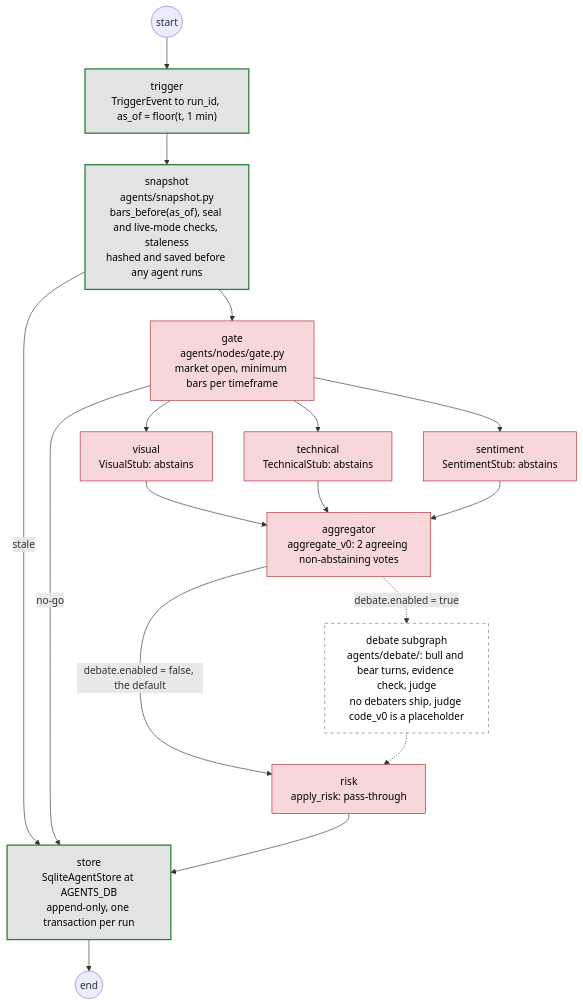
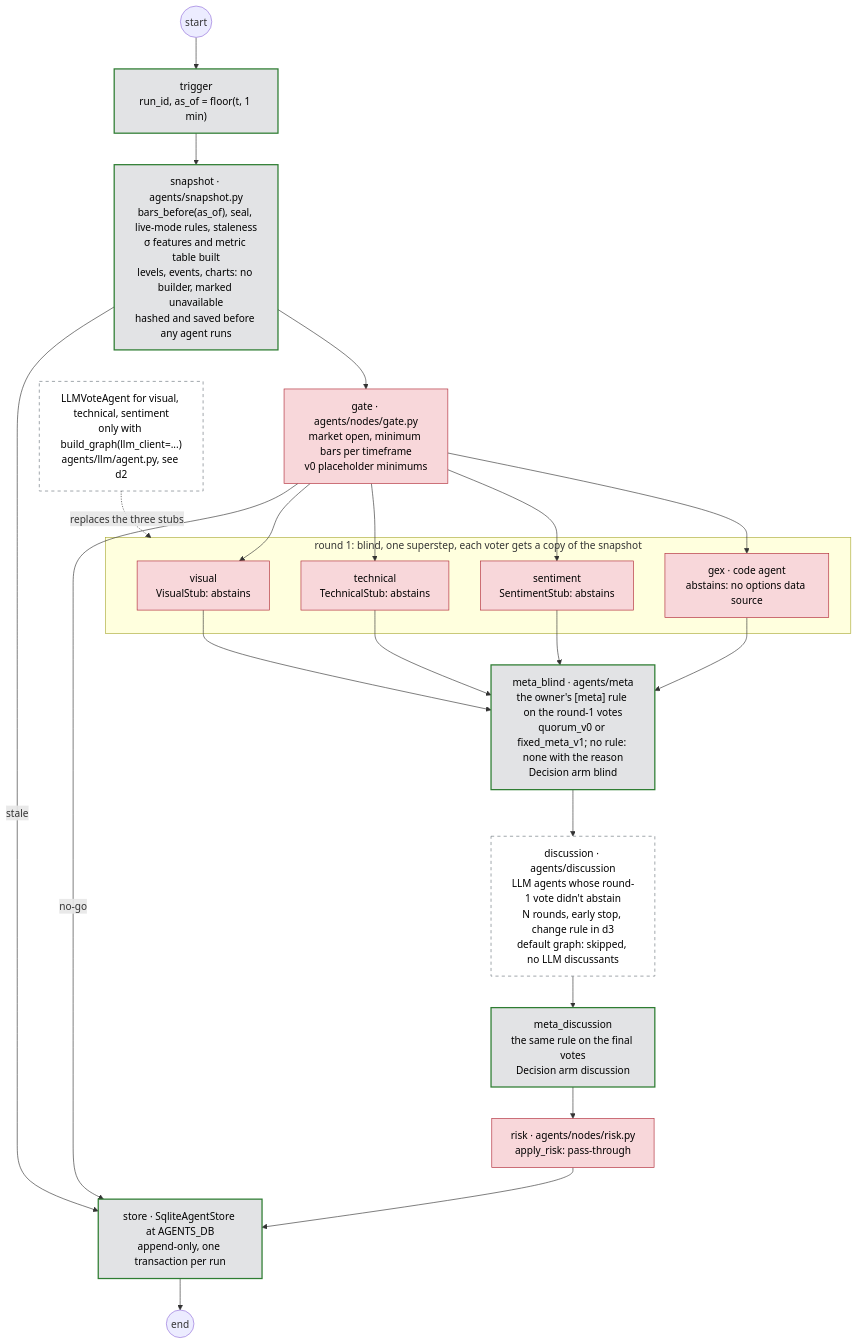
Before and after one commit to QBKFD/OPARLI-LLM-FORWARD: the fifth of 12 diagrams in docs/ARCHITECTURE_CURRENT.md, drawn with Mermaid. The commit also changed other lines of this file and 1 other file, not shown here.

First line of the commit message:
docs: ARCHITECTURE_CURRENT and README to main @ e194cb7, agents v2 diagrams

````diff
--- a/docs/ARCHITECTURE_CURRENT.md
+++ b/docs/ARCHITECTURE_CURRENT.md
@@ -260,27 +292,32 @@
 ```mermaid
 flowchart TB
-  S0(("start")) --> TR["trigger<br/>TriggerEvent to run_id, as_of = floor(t, 1 min)"]
-  TR --> SN["snapshot<br/>agents/snapshot.py<br/>bars_before(as_of), seal and live-mode checks, staleness<br/>hashed and saved before any agent runs"]
+  S0(("start")) --> TR["trigger<br/>run_id, as_of = floor(t, 1 min)"]
+  TR --> SN["snapshot · agents/snapshot.py<br/>bars_before(as_of), seal, live-mode rules, staleness<br/>σ features and metric table built<br/>levels, events, charts: no builder, marked unavailable<br/>hashed and saved before any agent runs"]
   SN -->|"stale"| STO
-  SN --> GT["gate<br/>agents/nodes/gate.py<br/>market open, minimum bars per timeframe"]
+  SN --> GT["gate · agents/nodes/gate.py<br/>market open, minimum bars per timeframe<br/>v0 placeholder minimums"]
   GT -->|"no-go"| STO
-  GT --> V1["visual<br/>VisualStub: abstains"]
-  GT --> V2["technical<br/>TechnicalStub: abstains"]
-  GT --> V3["sentiment<br/>SentimentStub: abstains"]
-  V1 --> AGG
-  V2 --> AGG
-  V3 --> AGG
-  AGG["aggregator<br/>aggregate_v0: 2 agreeing non-abstaining votes"]
-  AGG -->|"debate.enabled = false, the default"| RISK
-  AGG -.->|"debate.enabled = true"| DEB["debate subgraph<br/>agents/debate/: bull and bear turns, evidence check, judge<br/>no debaters ship, judge code_v0 is a placeholder"]
-  DEB -.-> RISK
-  RISK["risk<br/>apply_risk: pass-through"] --> STO
-  STO["store<br/>SqliteAgentStore at AGENTS_DB<br/>append-only, one transaction per run"] --> E0(("end"))
+
+  subgraph R1["round 1: blind, one superstep, each voter gets a copy of the snapshot"]
+    VI["visual<br/>VisualStub: abstains"]
+    TE["technical<br/>TechnicalStub: abstains"]
+    SE["sentiment<br/>SentimentStub: abstains"]
+    GX["gex · code agent<br/>abstains: no options data source"]
+  end
+  LLMV["LLMVoteAgent for visual, technical, sentiment<br/>only with build_graph(llm_client=...)<br/>agents/llm/agent.py, see d2"]
+
+  GT --> VI & TE & SE & GX
+  LLMV -.->|"replaces the three stubs"| R1
+  VI & TE & SE & GX --> MB["meta_blind · agents/meta<br/>the owner's [meta] rule on the round-1 votes<br/>quorum_v0 or fixed_meta_v1; no rule: none with the reason<br/>Decision arm blind"]
+  MB --> DI["discussion · agents/discussion<br/>LLM agents whose round-1 vote didn't abstain<br/>N rounds, early stop, change rule in d3<br/>default graph: skipped, no LLM discussants"]
+  DI --> MD["meta_discussion<br/>the same rule on the final votes<br/>Decision arm discussion"]
+  MD --> RK["risk · agents/nodes/risk.py<br/>apply_risk: pass-through"]
+  RK --> STO["store · SqliteAgentStore at AGENTS_DB<br/>append-only, one transaction per run"]
+  STO --> E0(("end"))
 
   classDef built fill:#e2e3e5,stroke:#2e7d32,stroke-width:2px,color:#000
   classDef stub fill:#f8d7da,stroke:#b02a37,color:#000
-  classDef off fill:#ffffff,stroke:#6c757d,stroke-dasharray:5 5,color:#000
-  class TR,SN,STO built
-  class GT,V1,V2,V3,AGG,RISK stub
-  class DEB off
+  classDef notrun fill:#ffffff,stroke:#6c757d,stroke-dasharray:5 5,color:#000
+  class TR,SN,MB,MD,STO built
+  class GT,VI,TE,SE,GX,RK stub
+  class DI,LLMV notrun
 ```
````
